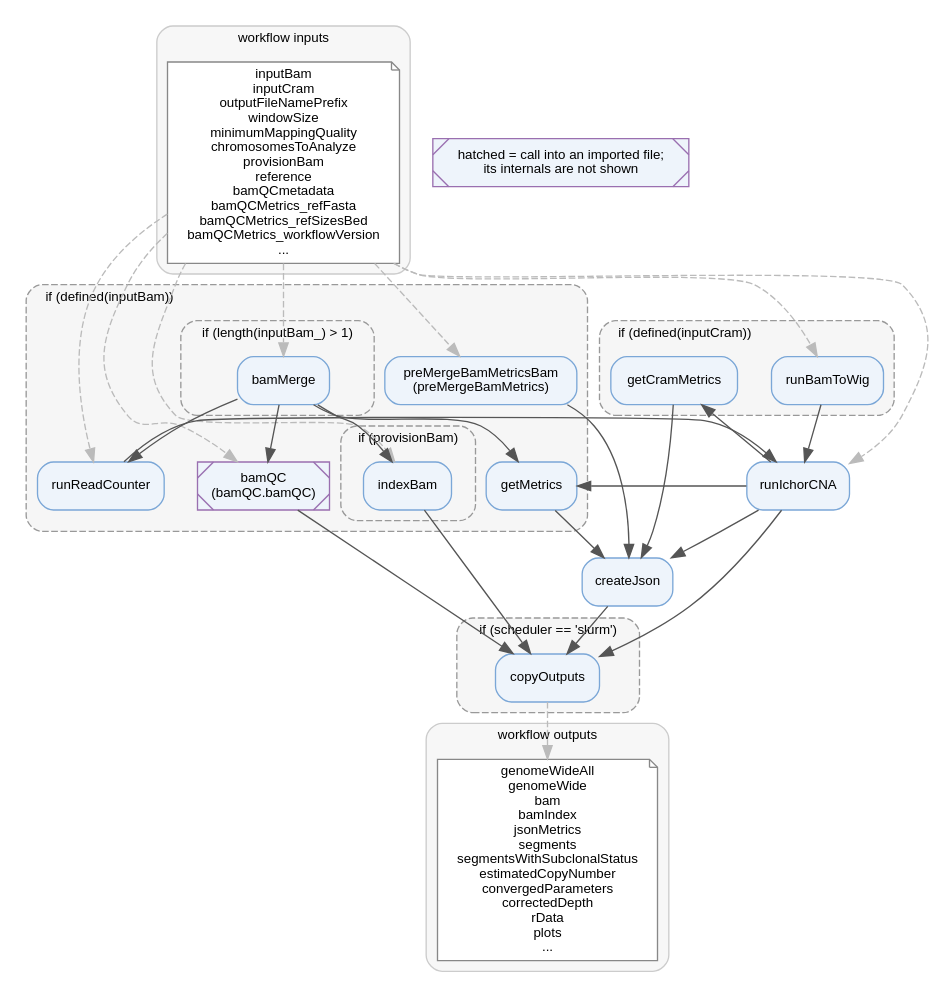
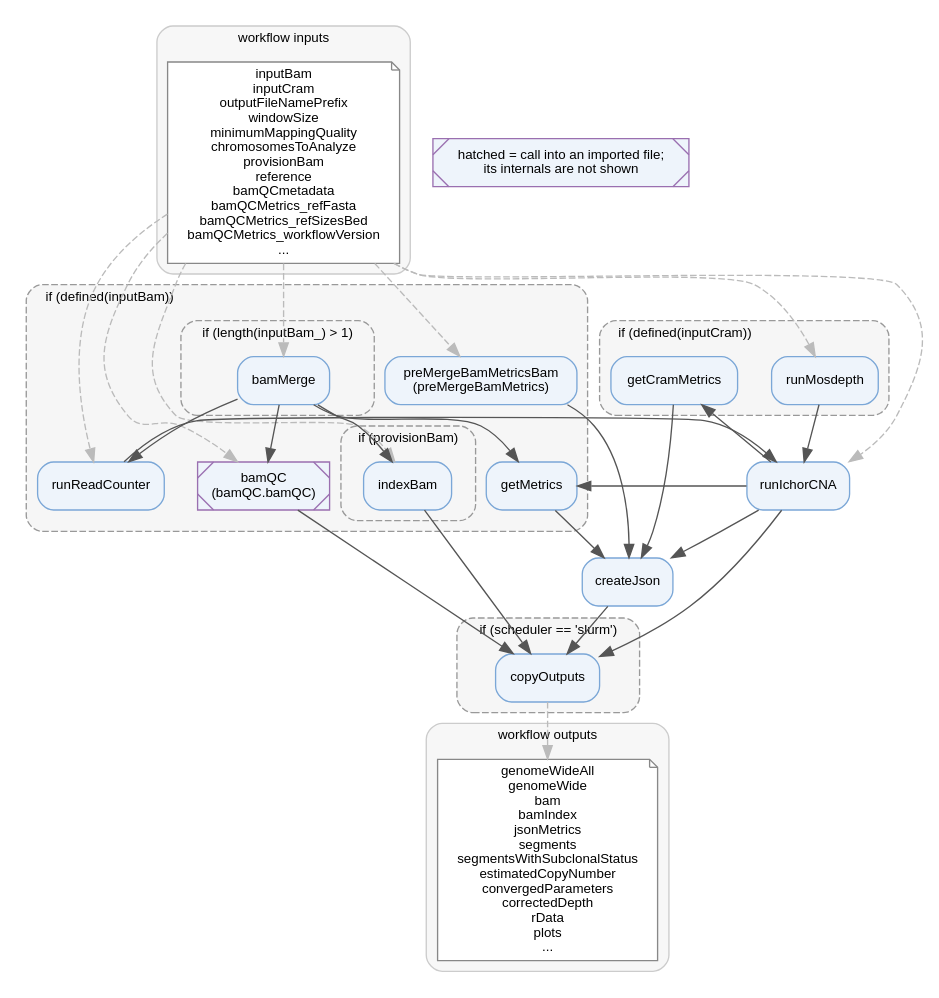
The diagram in docs/ichorCNA.flow.dot (oicr-gsi/ichorCNA), drawn with Graphviz before and after one commit. The commit also changed 6 other files, not shown here.

Commit message:
Use mosdepth instead of bam_to_wig.py for cram input

```diff
--- a/docs/ichorCNA.flow.dot
+++ b/docs/ichorCNA.flow.dot
@@ -1,82 +1,82 @@
 // Generated by generate-wdl-flowchart 1.0.0 from ichorCNA.wdl. DO NOT EDIT.
 // Regenerate: generate-wdl-flowchart ichorCNA.wdl --svg
 //
 // Calls are boxes, scatter/if are clusters, edges are data dependencies. This is a
 // DECLARATION-level view: see docs/wdl_flowchart.md for what it cannot show.
 digraph ichorCNA {
   rankdir=TB;
   compound=true;
   bgcolor="white";
   nodesep=0.35;
   ranksep=0.5;
   node [fontname="Helvetica" fontsize=10 style="filled,rounded" shape=box
         fillcolor="#eef4fb" color="#7ba7d7"];
   edge [fontname="Helvetica" fontsize=9 color="#555555"];
   graph [fontname="Helvetica" fontsize=10 labeljust=l];
 
   subgraph cluster_inputs {
     label="workflow inputs"; labeljust=c;
     style="filled,rounded"; fillcolor="#f7f7f7"; color="#cccccc";
     node [shape=note fillcolor="#ffffff" color="#888888"];
     INPUTS [label="inputBam\ninputCram\noutputFileNamePrefix\nwindowSize\nminimumMappingQuality\nchromosomesToAnalyze\nprovisionBam\nreference\nbamQCmetadata\nbamQCMetrics_refFasta\nbamQCMetrics_refSizesBed\nbamQCMetrics_workflowVersion\n..."]
   }
   runIchorCNA [label="runIchorCNA"]
   createJson [label="createJson"]
   subgraph cluster_1 {
     label="if (defined(inputBam))"; fillcolor="#f6f6f6" color="#999999" style="filled,rounded,dashed";
     preMergeBamMetricsBam [label="preMergeBamMetricsBam\n(preMergeBamMetrics)"]
     runReadCounter [label="runReadCounter"]
     bamQC [label="bamQC\n(bamQC.bamQC)" color="#9a6fb0" style="filled,rounded,diagonals"]
     getMetrics [label="getMetrics"]
     subgraph cluster_2 {
       label="if (length(inputBam_) > 1)"; fillcolor="#f6f6f6" color="#999999" style="filled,rounded,dashed";
       bamMerge [label="bamMerge"]
     }
     subgraph cluster_3 {
       label="if (provisionBam)"; fillcolor="#f6f6f6" color="#999999" style="filled,rounded,dashed";
       indexBam [label="indexBam"]
     }
   }
   subgraph cluster_4 {
     label="if (defined(inputCram))"; fillcolor="#f6f6f6" color="#999999" style="filled,rounded,dashed";
-    runBamToWig [label="runBamToWig"]
+    runMosdepth [label="runMosdepth"]
     getCramMetrics [label="getCramMetrics"]
   }
   subgraph cluster_5 {
     label="if (scheduler == 'slurm')"; fillcolor="#f6f6f6" color="#999999" style="filled,rounded,dashed";
     copyOutputs [label="copyOutputs"]
   }
   subgraph cluster_outputs {
     label="workflow outputs"; labeljust=c;
     style="filled,rounded"; fillcolor="#f7f7f7"; color="#cccccc";
     node [shape=note fillcolor="#ffffff" color="#888888"];
     OUTPUTS [label="genomeWideAll\ngenomeWide\nbam\nbamIndex\njsonMetrics\nsegments\nsegmentsWithSubclonalStatus\nestimatedCopyNumber\nconvergedParameters\ncorrectedDepth\nrData\nplots\n..."]
   }
 
   bamMerge -> bamQC
   bamQC -> copyOutputs
   createJson -> copyOutputs
   indexBam -> copyOutputs
   runIchorCNA -> copyOutputs
   getCramMetrics -> createJson
   getMetrics -> createJson
   preMergeBamMetricsBam -> createJson
   runIchorCNA -> createJson
   runIchorCNA -> getCramMetrics
   bamMerge -> getMetrics
   runIchorCNA -> getMetrics
   bamMerge -> indexBam
-  runBamToWig -> runIchorCNA
+  runMosdepth -> runIchorCNA
   runReadCounter -> runIchorCNA
   bamMerge -> runReadCounter
   INPUTS -> bamMerge [style=dashed color="#bbbbbb"]
   INPUTS -> bamQC [style=dashed color="#bbbbbb"]
   INPUTS -> indexBam [style=dashed color="#bbbbbb"]
   INPUTS -> preMergeBamMetricsBam [style=dashed color="#bbbbbb"]
-  INPUTS -> runBamToWig [style=dashed color="#bbbbbb"]
   INPUTS -> runIchorCNA [style=dashed color="#bbbbbb"]
+  INPUTS -> runMosdepth [style=dashed color="#bbbbbb"]
   INPUTS -> runReadCounter [style=dashed color="#bbbbbb"]
   copyOutputs -> OUTPUTS [style=dashed color="#bbbbbb"]
 
   legend_imported [shape=box style="filled,rounded,diagonals" fillcolor="#eef4fb" color="#9a6fb0" label="hatched = call into an imported file;\nits internals are not shown"]
 }
```
